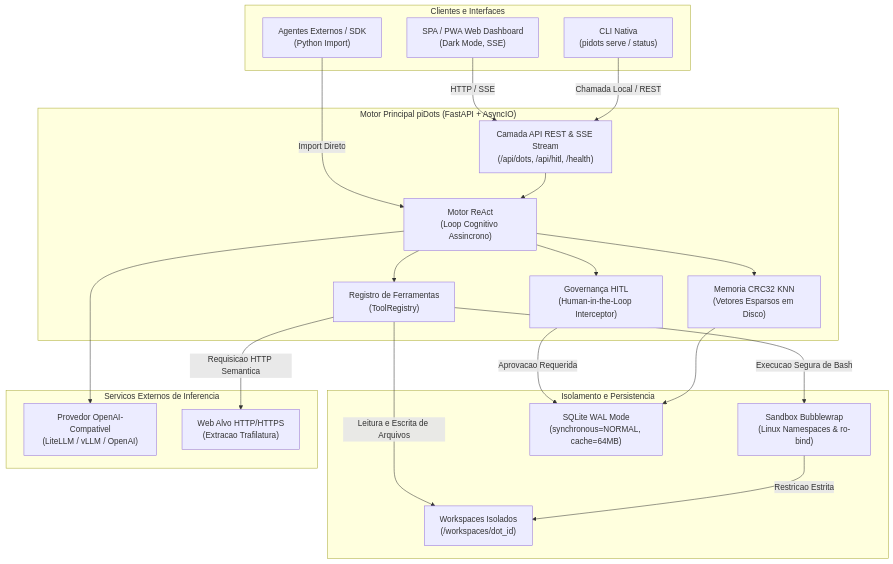
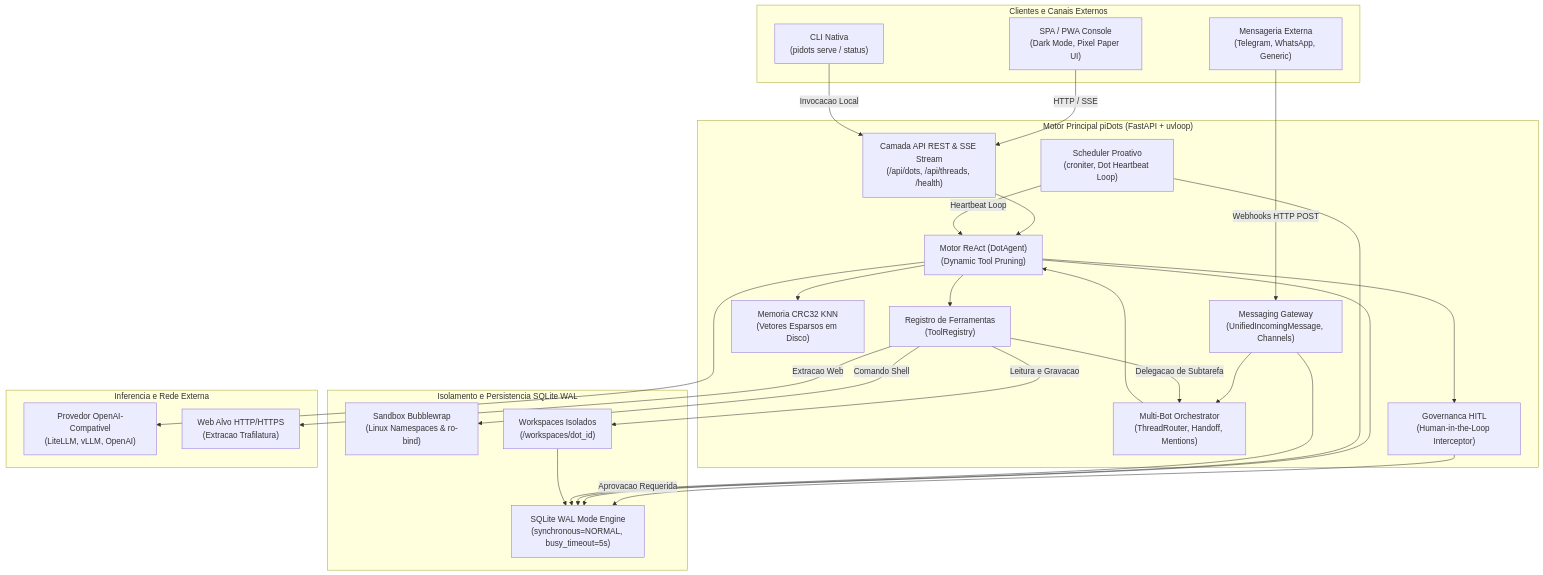
Before and after one commit to lyonpamplona/piDots: the first of 3 diagrams in ARCHITECTURE.md, drawn with Mermaid. The commit also changed other lines of this file and 33 other files, not shown here.

````diff
--- a/ARCHITECTURE.md
+++ b/ARCHITECTURE.md
@@ -13,45 +13,55 @@
 ```mermaid
 flowchart TD
-    subgraph Client["Clientes e Interfaces"]
-        UI["SPA / PWA Web Dashboard\n(Dark Mode, SSE)"]
+    subgraph Client["Clientes e Canais Externos"]
+        UI["SPA / PWA Console\n(Dark Mode, Pixel Paper UI)"]
         CLI["CLI Nativa\n(pidots serve / status)"]
-        SDK["Agentes Externos / SDK\n(Python Import)"]
+        Webhooks["Mensageria Externa\n(Telegram, WhatsApp, Generic)"]
     end
 
-    subgraph CoreEngine["Motor Principal piDots (FastAPI + AsyncIO)"]
-        API["Camada API REST & SSE Stream\n(/api/dots, /api/hitl, /health)"]
-        AgentEngine["Motor ReAct\n(Loop Cognitivo Assincrono)"]
-        HITL["Governança HITL\n(Human-in-the-Loop Interceptor)"]
+    subgraph CoreEngine["Motor Principal piDots (FastAPI + uvloop)"]
+        API["Camada API REST & SSE Stream\n(/api/dots, /api/threads, /health)"]
+        Gateway["Messaging Gateway\n(UnifiedIncomingMessage, Channels)"]
+        Orchestrator["Multi-Bot Orchestrator\n(ThreadRouter, Handoff, Mentions)"]
+        Scheduler["Scheduler Proativo\n(croniter, Dot Heartbeat Loop)"]
+        AgentEngine["Motor ReAct (DotAgent)\n(Dynamic Tool Pruning)"]
+        HITL["Governanca HITL\n(Human-in-the-Loop Interceptor)"]
         VectorStore["Memoria CRC32 KNN\n(Vetores Esparsos em Disco)"]
         ToolReg["Registro de Ferramentas\n(ToolRegistry)"]
     end
 
-    subgraph SecurityStorage["Isolamento e Persistencia"]
+    subgraph SecurityStorage["Isolamento e Persistencia SQLite WAL"]
         Bwrap["Sandbox Bubblewrap\n(Linux Namespaces & ro-bind)"]
-        SQLite["SQLite WAL Mode\n(synchronous=NORMAL, cache=64MB)"]
+        SQLite["SQLite WAL Mode Engine\n(synchronous=NORMAL, busy_timeout=5s)"]
         Spaces["Workspaces Isolados\n(/workspaces/dot_id)"]
     end
 
-    subgraph External["Servicos Externos de Inferencia"]
-        LLM["Provedor OpenAI-Compativel\n(LiteLLM / vLLM / OpenAI)"]
+    subgraph External["Inferencia e Rede Externa"]
+        LLM["Provedor OpenAI-Compativel\n(LiteLLM, vLLM, OpenAI)"]
         WebTarget["Web Alvo HTTP/HTTPS\n(Extracao Trafilatura)"]
     end
 
     UI -->|HTTP / SSE| API
-    CLI -->|Chamada Local / REST| API
-    SDK -->|Import Direto| AgentEngine
+    CLI -->|Invocacao Local| API
+    Webhooks -->|Webhooks HTTP POST| Gateway
 
     API --> AgentEngine
+    Gateway --> Orchestrator
+    Orchestrator --> AgentEngine
+    Scheduler -->|Heartbeat Loop| AgentEngine
+
     AgentEngine --> HITL
     AgentEngine --> ToolReg
     AgentEngine --> VectorStore
     AgentEngine --> LLM
 
     HITL -->|Aprovacao Requerida| SQLite
-    ToolReg -->|Execucao Segura de Bash| Bwrap
-    ToolReg -->|Leitura e Escrita de Arquivos| Spaces
-    ToolReg -->|Requisicao HTTP Semantica| WebTarget
+    ToolReg -->|Comando Shell| Bwrap
+    ToolReg -->|Leitura e Gravacao| Spaces
+    ToolReg -->|Extracao Web| WebTarget
+    ToolReg -->|Delegacao de Subtarefa| Orchestrator
 
-    Bwrap -->|Restricao Estrita| Spaces
-    VectorStore --> SQLite
+    AgentEngine --> SQLite
+    Scheduler --> SQLite
+    Gateway --> SQLite
+    Spaces --> SQLite
 ```
````
